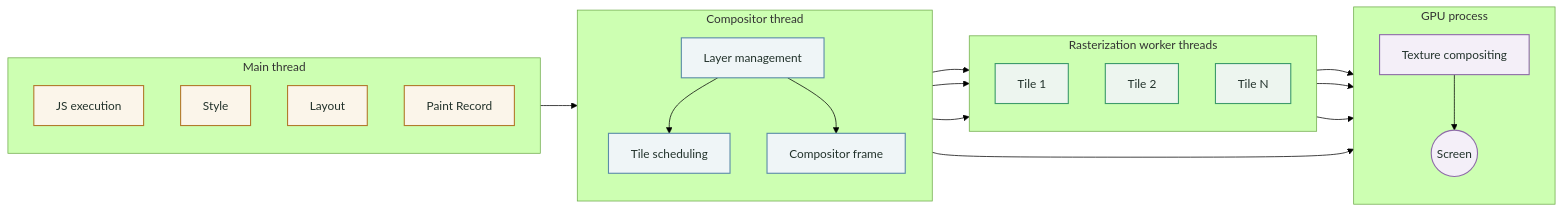
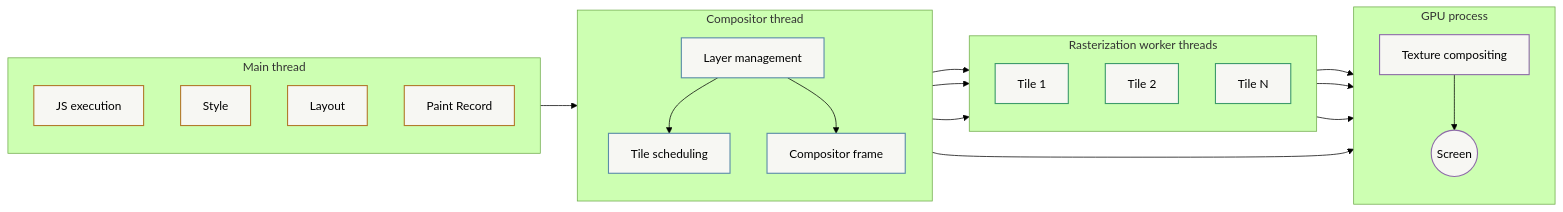
Before and after one commit to Fatejian/frontier-vault: the second of 3 diagrams in docs/en/browser/painting-rasterization.md, drawn with Mermaid (forest theme). The commit also changed other lines of this file and 65 other files, not shown here.

First line of the commit message:
fix(theme): unify mermaid chart palette and remove solid core fills

````diff
--- a/docs/en/browser/painting-rasterization.md
+++ b/docs/en/browser/painting-rasterization.md
@@ -291,50 +291,50 @@
 ```mermaid
 flowchart LR
     subgraph Main[Main thread]
         direction TB
         M1[JS execution]
         M2[Style]
         M3[Layout]
         M4[Paint Record]
     end
 
     subgraph Compositor[Compositor thread]
         direction TB
         C1[Layer management]
         C2[Tile scheduling]
         C3[Compositor frame]
     end
 
     subgraph Workers[Rasterization worker threads]
         direction TB
         W1[Tile 1]
         W2[Tile 2]
         W3[Tile N]
     end
 
     subgraph GPUProc[GPU process]
         direction TB
         G1[Texture compositing]
         G2((Screen))
     end
 
     M4 --> C1
     C1 --> C2 --> W1
     C2 --> W2
     C2 --> W3
     W1 --> G1
     W2 --> G1
     W3 --> G1
     C1 --> C3 --> G1
     G1 --> G2
 
-    classDef block fill:#FBF5EA,stroke:#B27B2C,color:#22322B,stroke-width:1.5px;
-    classDef wait fill:#EFF5F7,stroke:#5B8CA8,color:#22322B,stroke-width:1.5px;
-    classDef work fill:#EDF5EF,stroke:#3E9B6B,color:#22322B,stroke-width:1.5px;
-    classDef metric fill:#F4EFF8,stroke:#8E6BA8,color:#22322B,stroke-width:1.5px;
+    classDef block fill:#F7F7F3,stroke:#B27B2C,stroke-width:1.5px;
+    classDef wait fill:#F7F7F3,stroke:#5B8CA8,stroke-width:1.5px;
+    classDef work fill:#F7F7F3,stroke:#3E9B6B,stroke-width:1.5px;
+    classDef metric fill:#F7F7F3,stroke:#8E6BA8,stroke-width:1.5px;
 
     class M1,M2,M3,M4 block;
     class C1,C2,C3 wait;
     class W1,W2,W3 work;
     class G1,G2 metric;
 ```
````
